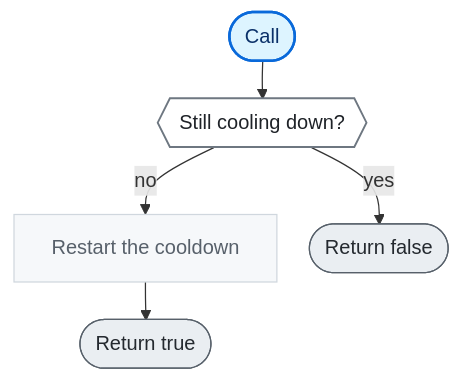
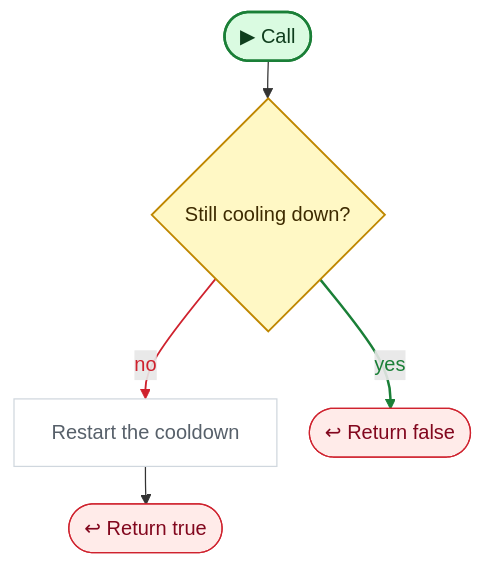
The second of 2 diagrams in CodeGraph~/graph/Skill.cs.md (nataiai/Lord-of-the-Dungeon), drawn with Mermaid before and after one commit. The commit also changed other lines of this file and 44 other files, not shown here.

````diff
--- a/CodeGraph~/graph/Skill.cs.md
+++ b/CodeGraph~/graph/Skill.cs.md
@@ -41,33 +41,39 @@
 ```mermaid
 ---
 config:
   flowchart:
     wrappingWidth: 260
     nodeSpacing: 26
     rankSpacing: 30
 ---
 flowchart TD
-  nS(["Call"])
-  n44f644{{"Still cooling down?"}}
+  nS(["▶ Call"])
+  n44f644{"Still cooling down?"}
   n8e9cb7["Restart the cooldown"]
-  n1902d3(["Return false"])
-  nb1e3d6(["Return true"])
+  n1902d3(["↩ Return false"])
+  nb1e3d6(["↩ Return true"])
   nS --> n44f644
   n44f644 -->|no| n8e9cb7
   n44f644 -->|yes| n1902d3
   n8e9cb7 --> nb1e3d6
-  classDef unity fill:#fff1c2,stroke:#9a6700,stroke-width:2px,color:#3b2300
-  classDef start fill:#ddf4ff,stroke:#0969da,stroke-width:2px,color:#0a3069
-  classDef calc fill:#f6f8fa,stroke:#d0d7de,color:#57606a
-  classDef calls fill:#ffffff,stroke:#0969da,stroke-width:2.5px,color:#0a3069
-  classDef cond fill:#ffffff,stroke:#6e7781,stroke-width:1.5px,color:#1f2328
-  classDef loop fill:#fbefff,stroke:#8250df,color:#3e1f79
-  classDef exit fill:#eaeef2,stroke:#57606a,color:#24292f
-  classDef wait fill:#fff8f0,stroke:#bc4c00,color:#4d1d00
+  linkStyle 1 stroke:#cf222e,stroke-width:1.5px,color:#cf222e
+  linkStyle 2 stroke:#1a7f37,stroke-width:2px,color:#1a7f37
+  classDef unity fill:#dafbe1,stroke:#1a7f37,stroke-width:2px,color:#0f3d1d
+  classDef start fill:#dafbe1,stroke:#1a7f37,stroke-width:2px,color:#0f3d1d
+  classDef calc fill:#ffffff,stroke:#d0d7de,color:#57606a
+  classDef calls fill:#ddf4ff,stroke:#0969da,stroke-width:2px,color:#0a3069
+  classDef ext fill:#ddf4ff,stroke:#0969da,stroke-width:2px,stroke-dasharray:5 3,color:#0a3069
+  classDef cond fill:#fff8c5,stroke:#bf8700,stroke-width:1.5px,color:#3d2a00
+  classDef loop fill:#f6f8fa,stroke:#57606a,color:#1f2328
+  classDef exit fill:#ffebe9,stroke:#cf222e,color:#82071e
+  classDef kill fill:#ffebe9,stroke:#cf222e,stroke-width:2px,color:#82071e
+  classDef spawn fill:#dafbe1,stroke:#1a7f37,stroke-width:2px,color:#0f3d1d
+  classDef wait fill:#fff1e5,stroke:#bc4c00,color:#4d1d00
   classDef fin fill:#eaeef2,stroke:#8c959f,color:#57606a
   classDef join fill:#d0d7de,stroke:#8c959f,color:#57606a
+  classDef ghdr fill:#f5f9ff,stroke:#f5f9ff,color:#0a3069,font-weight:bold
   class n8e9cb7 calc
   class n44f644 cond
   class n1902d3,nb1e3d6 exit
   class nS start
 ```
````
